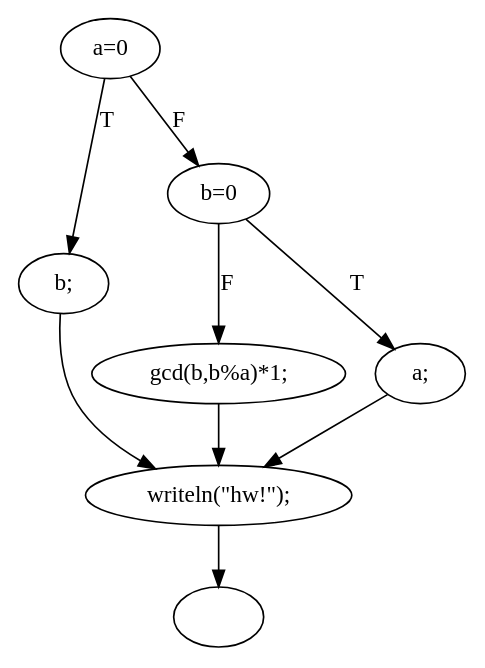
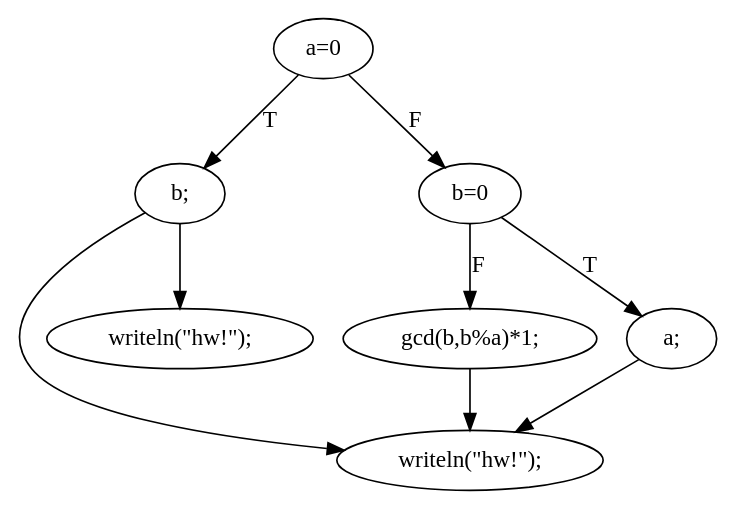
One commit to romagolchin/itmo-masters changed the diagram in program-model-verification/output/lab2_cfg/cfg.gcd.dot. Above: the diagram before and after it, drawn with Graphviz. The commit also changed 129 other files, not shown here.

```diff
--- a/program-model-verification/output/lab2_cfg/cfg.gcd.dot
+++ b/program-model-verification/output/lab2_cfg/cfg.gcd.dot
@@ -1,17 +1,17 @@
 digraph {
-  0 [label="b;"];
-  1 [label="b=0"];
-  2 [label="gcd(b,b%a)*1;"];
-  3 [label=""];
-  4 [label="writeln(\"hw!\");"];
-  5 [label="a;"];
-  6 [label="a=0"];
-  2 -> 4 [label=""];
-  4 -> 3 [label=""];
-  5 -> 4 [label=""];
-  6 -> 1 [label="F"];
-  0 -> 4 [label=""];
-  1 -> 5 [label="T"];
-  1 -> 2 [label="F"];
-  6 -> 0 [label="T"];
+  0 [label="gcd(b,b%a)*1;"];
+  1 [label="writeln(\"hw!\");"];
+  2 [label="b;"];
+  3 [label="writeln(\"hw!\");"];
+  4 [label="a;"];
+  5 [label="a=0"];
+  6 [label="b=0"];
+  0 -> 1 [label=""];
+  4 -> 1 [label=""];
+  5 -> 2 [label="T"];
+  6 -> 4 [label="T"];
+  2 -> 1 [label=""];
+  5 -> 6 [label="F"];
+  2 -> 3 [label=""];
+  6 -> 0 [label="F"];
 }
```
